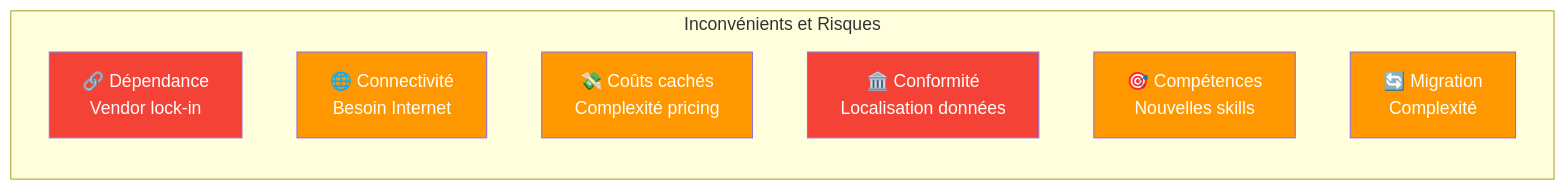
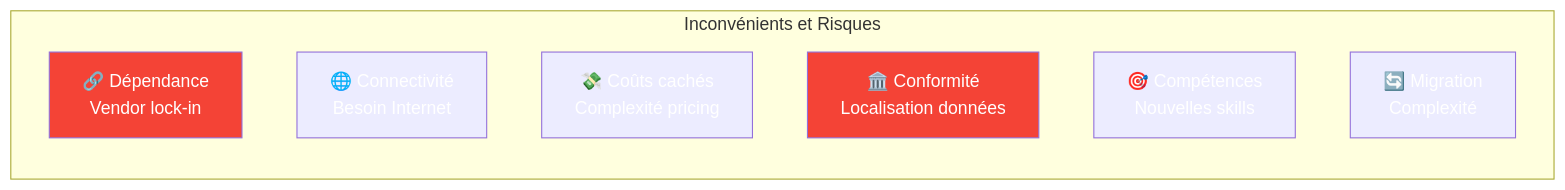
One commit to VBlackJack/ShellBook changed the seventh of 9 diagrams in docs/formations/cloud-fundamentals/01-module.md. Above: the diagram before and after it, drawn with Mermaid. The commit also changed other lines of this file and 337 other files, not shown here.

First line of the commit message:
refactor(docs): Standardize code blocks and Mermaid colors

````diff
--- a/docs/formations/cloud-fundamentals/01-module.md
+++ b/docs/formations/cloud-fundamentals/01-module.md
@@ -231,18 +231,18 @@
 ```mermaid
 graph LR
     subgraph "Inconvénients et Risques"
         I1["🔗 Dépendance<br/>Vendor lock-in"]
         I2["🌐 Connectivité<br/>Besoin Internet"]
         I3["💸 Coûts cachés<br/>Complexité pricing"]
         I4["🏛️ Conformité<br/>Localisation données"]
         I5["🎯 Compétences<br/>Nouvelles skills"]
         I6["🔄 Migration<br/>Complexité"]
     end
 
     style I1 fill:#f44336,color:#fff
-    style I2 fill:#ff9800,color:#fff
-    style I3 fill:#ff9800,color:#fff
+    style I2 fill:#FF9800800800,color:#fff
+    style I3 fill:#FF9800800800,color:#fff
     style I4 fill:#f44336,color:#fff
-    style I5 fill:#ff9800,color:#fff
-    style I6 fill:#ff9800,color:#fff
+    style I5 fill:#FF9800800800,color:#fff
+    style I6 fill:#FF9800800800,color:#fff
 ```
````
